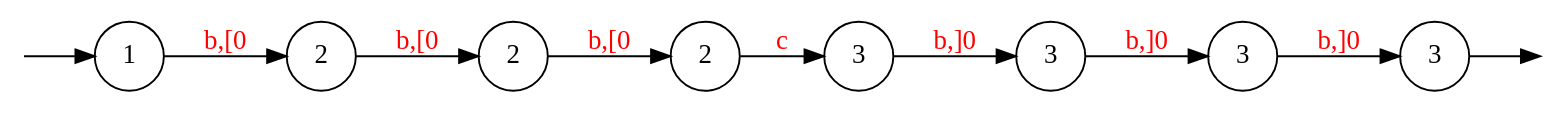
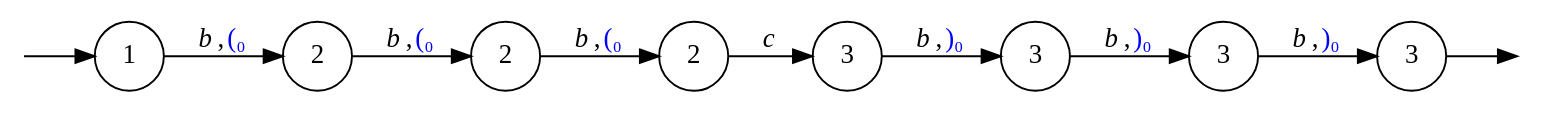
Before and after one commit to 0Marble/lgraphs: the diagram in text/graphs/graph1_path2.dot, drawn with Graphviz. The commit also changed 36 other files, not shown here.

```diff
--- a/text/graphs/graph1_path2.dot
+++ b/text/graphs/graph1_path2.dot
@@ -1,25 +1,24 @@
 digraph {
 	node [shape=circle];
 	Q0 [style=invisible, height=0, width=0, fixedsize=true];
 	Q1 [style=invisible, height=0, width=0, fixedsize=true];
 	graph [rankdir="LR"];
 	5 [label=3];
 	0 [label=1];
 	4 [label=3];
 	6 [label=3];
 	3 [label=2];
 	1 [label=2];
 	2 [label=2];
 	7 [label=3];
 
 	Q0 -> 0;
-
 	7 -> Q1;
-	3 -> 4  [label="c", fontcolor=red];
-	0 -> 1  [label="b,[0", fontcolor=red];
-	1 -> 2  [label="b,[0", fontcolor=red];
-	2 -> 3  [label="b,[0", fontcolor=red];
-	4 -> 5  [label="b,]0", fontcolor=red];
-	5 -> 6  [label="b,]0", fontcolor=red];
-	6 -> 7  [label="b,]0", fontcolor=red];
+	3 -> 4  [label=<<i>c</i>> ];
+	0 -> 1  [label=<<i>b</i>,<FONT COLOR="blue">(₀</FONT>> ];
+	1 -> 2  [label=<<i>b</i>,<FONT COLOR="blue">(₀</FONT>> ];
+	2 -> 3  [label=<<i>b</i>,<FONT COLOR="blue">(₀</FONT>> ];
+	4 -> 5  [label=<<i>b</i>,<FONT COLOR="blue">)₀</FONT>> ];
+	5 -> 6  [label=<<i>b</i>,<FONT COLOR="blue">)₀</FONT>> ];
+	6 -> 7  [label=<<i>b</i>,<FONT COLOR="blue">)₀</FONT>> ];
 }
```
